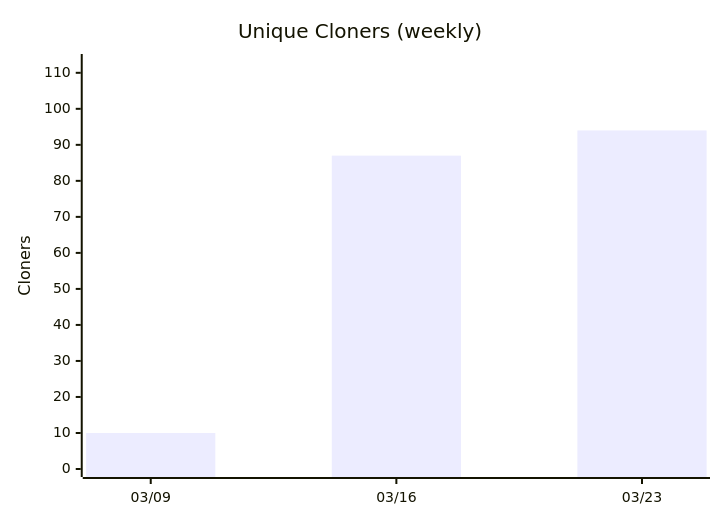
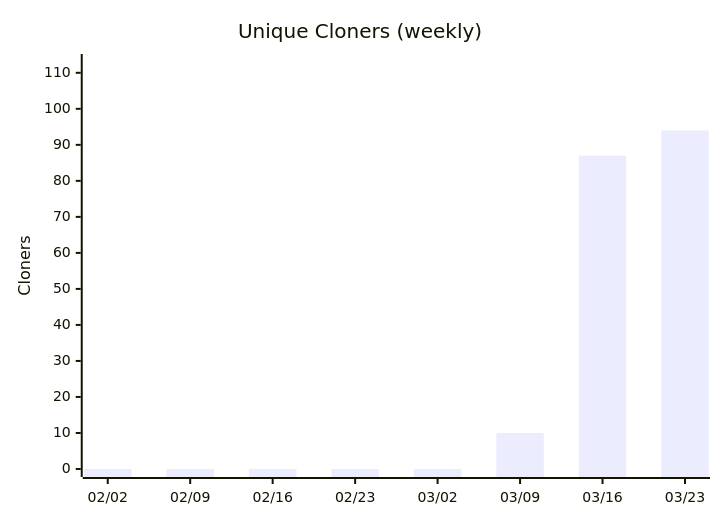
Before and after one commit to nablarch/nabledge-dev: diagram 14 of 14 in docs/metrics.md, drawn with Mermaid. The commit also changed other lines of this file, not shown here.

````diff
--- a/docs/metrics.md
+++ b/docs/metrics.md
@@ -169,7 +171,7 @@
 ```mermaid
 xychart-beta
   title "Unique Cloners (weekly)"
-  x-axis ["03/09", "03/16", "03/23"]
+  x-axis ["02/02", "02/09", "02/16", "02/23", "03/02", "03/09", "03/16", "03/23"]
   y-axis "Cloners" 0 --> 113
-  bar [10, 87, 94]
+  bar [0, 0, 0, 0, 0, 10, 87, 94]
 ```
````
